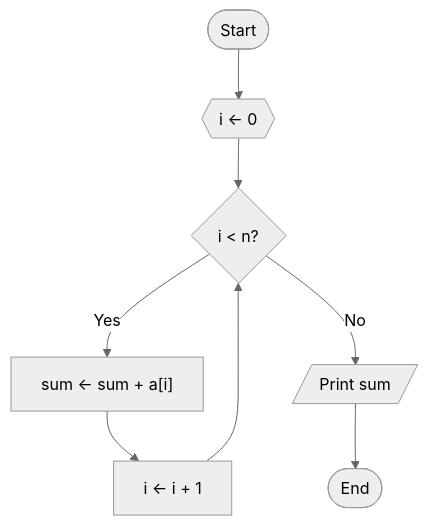
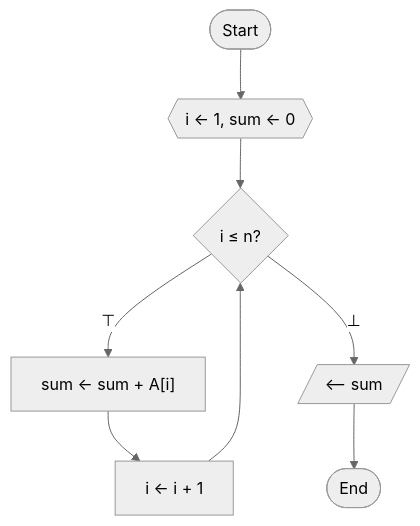
The diagram in .github/agents/pseudocode-mapper.agent.md (kentanaka3/PhD), drawn with Mermaid (neutral theme) before and after one commit. The commit also changed other lines of this file and 175 other files, not shown here.

````diff
--- a/.github/agents/pseudocode-mapper.agent.md
+++ b/.github/agents/pseudocode-mapper.agent.md
@@ -224,14 +261,14 @@
 ```mermaid
 flowchart TD
   S@{ shape: stadium, label: "Start" }
-  INIT@{ shape: hex, label: "i ← 0" }
-  CHECK@{ shape: diam, label: "i < n?" }
-  BODY@{ shape: rect, label: "sum ← sum + a[i]" }
+  INIT@{ shape: hex, label: "i ← 1, sum ← 0" }
+  CHECK@{ shape: diam, label: "i ≤ n?" }
+  BODY@{ shape: rect, label: "sum ← sum + A[i]" }
   INC@{ shape: rect, label: "i ← i + 1" }
-  OUT@{ shape: lean-r, label: "Print sum" }
+  OUT@{ shape: lean-r, label: "⟵ sum" }
   E@{ shape: stadium, label: "End" }
 
   S --> INIT --> CHECK
-  CHECK -->|Yes| BODY --> INC --> CHECK
-  CHECK -->|No| OUT --> E
+  CHECK -->|⊤| BODY --> INC --> CHECK
+  CHECK -->|⊥| OUT --> E
 ```
````
